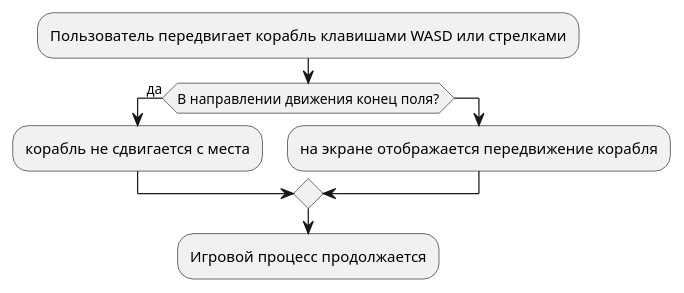
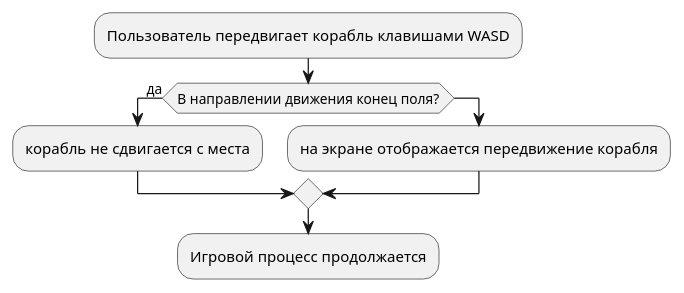
The diagram in docs/3.iuml (DoNik226/software_development), drawn with PlantUML before and after one commit.

```diff
--- a/docs/3.iuml
+++ b/docs/3.iuml
@@ -1,9 +1,9 @@
 @startuml
-:Пользователь передвигает корабль клавишами WASD или стрелками;
+:Пользователь передвигает корабль клавишами WASD;
 if (В направлении движения конец поля?) is (да) then
   :корабль не сдвигается с места;
 else
   :на экране отображается передвижение корабля;
 endif
 :Игровой процесс продолжается;
 @enduml
```
